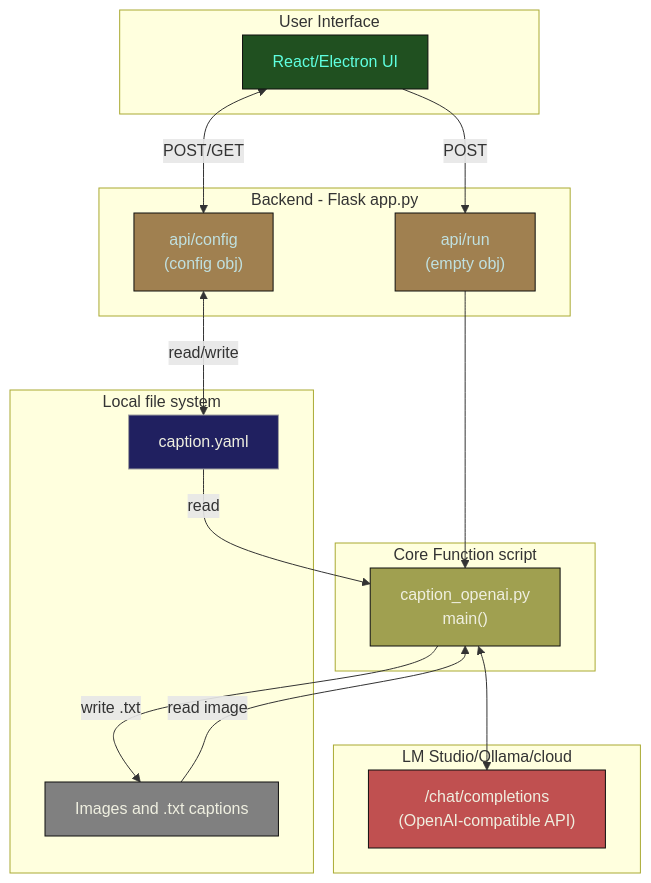
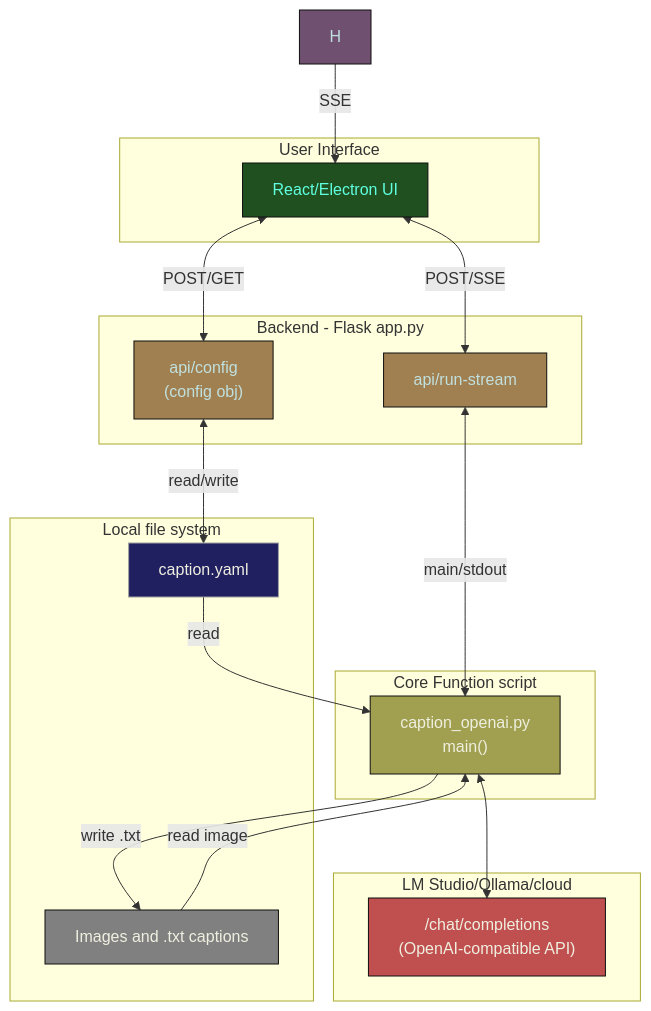
The diagram in DEV.MD (victorchall/vlm-caption), drawn with Mermaid before and after one commit. The commit also changed other lines of this file and 3 other files, not shown here.

````diff
--- a/DEV.MD
+++ b/DEV.MD
@@ -7,41 +47,43 @@
 ```mermaid
 graph TD
     subgraph "User Interface"
         A[React/Electron UI]
     end
 
     subgraph "Backend - Flask app.py"
         B["api/config<br>(config obj)"]
-        C["api/run<br>(empty obj)"]
+        C["api/run-stream<br>"]
     end
 
     subgraph "Core Function script"
         D["caption_openai.py<br> main()"]
     end
 
     subgraph "Local file system"
         E["caption.yaml"]
         G[Images and .txt captions]
     end
 
     subgraph "LM Studio/Ollama/cloud"
         F["/chat/completions<br> (OpenAI-compatible API)"]
     end
 
-    A -- "POST" --> C
+    A <-- "POST/SSE" --> C
     A <-- "POST/GET" --> B
-    C --> D
+    H -- "SSE" --> A
+    C <-- "main/stdout" --> D
     B <-- "read/write" --> E
     D <--> F
     E -- "read" --> D
     G -- "read image" --> D
     D -- "write .txt" --> G
 
     style A color:#5FFFE0, fill:#205020, stroke:#0F0F0F
     style B color:#C0E0E0, fill:#A08050, stroke:#0F0F0F
     style C color:#C0E0E0, fill:#A08050, stroke:#0F0F0F
     style D color:#EFEFE0, fill:#A0A050, stroke:#0F0F0F
     style E color:#EFEFE0, fill:#202060, stroke:#A0A0A0
     style F color:#EFEFE0, fill:#C05050, stroke:#0F0F0F
     style G color:#EFEFE0, fill:#808080, stroke:#0F0F0F
+    style H color:#C0E0E0, fill:#705070, stroke:#0F0F0F
 ```
````
